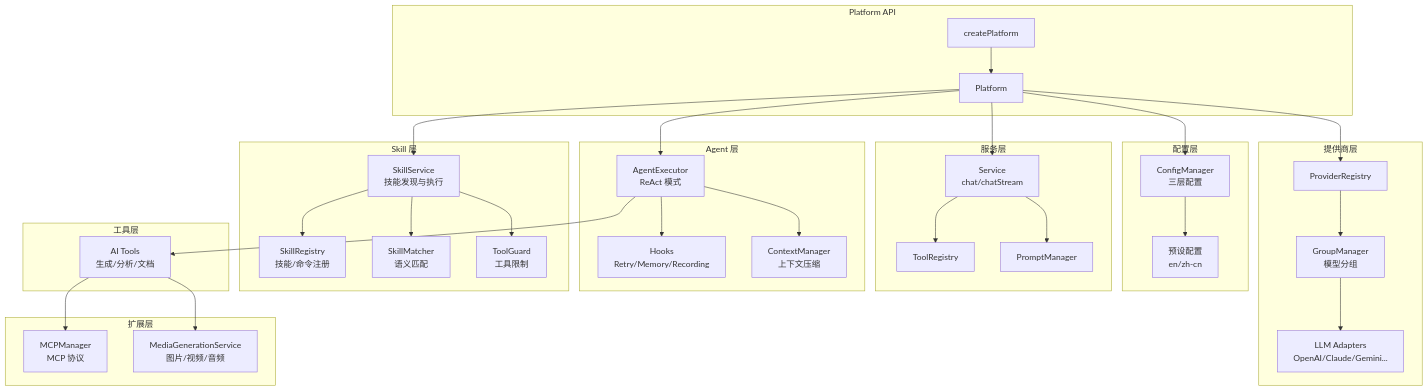
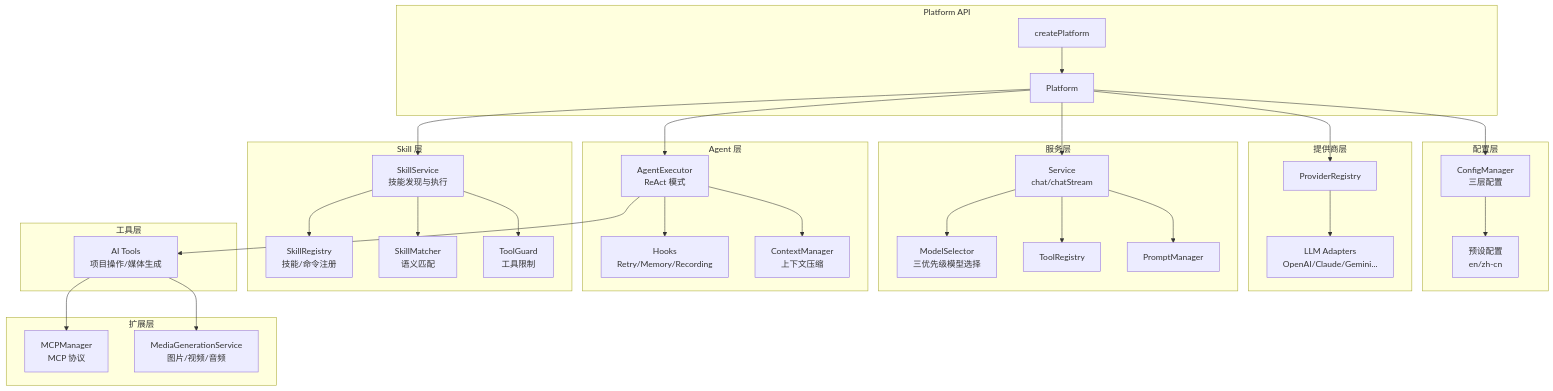
Before and after one commit to OpenNekoPaw/neko-suite: the diagram in packages/neko-agent/packages/platform/README.md, drawn with Mermaid. The commit also changed other lines of this file and 18 other files, not shown here.

````diff
--- a/packages/neko-agent/packages/platform/README.md
+++ b/packages/neko-agent/packages/platform/README.md
@@ -7,66 +7,66 @@
 ```mermaid
 graph TB
     subgraph "Platform API"
         CreatePlatform[createPlatform]
         Platform[Platform]
     end
 
     subgraph "配置层"
         Config[ConfigManager<br/>三层配置]
         Presets[预设配置<br/>en/zh-cn]
     end
 
     subgraph "提供商层"
         ProviderRegistry[ProviderRegistry]
-        GroupManager[GroupManager<br/>模型分组]
         Adapters[LLM Adapters<br/>OpenAI/Claude/Gemini...]
     end
 
     subgraph "服务层"
         Service[Service<br/>chat/chatStream]
+        ModelSelector[ModelSelector<br/>三优先级模型选择]
         ToolRegistry[ToolRegistry]
         PromptManager[PromptManager]
     end
 
     subgraph "Agent 层"
         AgentExecutor[AgentExecutor<br/>ReAct 模式]
         Hooks[Hooks<br/>Retry/Memory/Recording]
         Memory[ContextManager<br/>上下文压缩]
     end
 
     subgraph "Skill 层"
         SkillService[SkillService<br/>技能发现与执行]
         SkillRegistry[SkillRegistry<br/>技能/命令注册]
         SkillMatcher[SkillMatcher<br/>语义匹配]
         ToolGuard[ToolGuard<br/>工具限制]
     end
 
     subgraph "扩展层"
         MCP[MCPManager<br/>MCP 协议]
         Media[MediaGenerationService<br/>图片/视频/音频]
     end
 
     subgraph "工具层"
-        Tools[AI Tools<br/>生成/分析/文档]
+        Tools[AI Tools<br/>项目操作/媒体生成]
     end
 
     CreatePlatform --> Platform
     Platform --> Config
     Config --> Presets
     Platform --> ProviderRegistry
-    ProviderRegistry --> GroupManager
-    GroupManager --> Adapters
+    ProviderRegistry --> Adapters
     Platform --> Service
+    Service --> ModelSelector
     Service --> ToolRegistry
     Service --> PromptManager
     Platform --> AgentExecutor
     AgentExecutor --> Hooks
     AgentExecutor --> Memory
     AgentExecutor --> Tools
     Platform --> SkillService
     SkillService --> SkillRegistry
     SkillService --> SkillMatcher
     SkillService --> ToolGuard
     Tools --> MCP
     Tools --> Media
 ```
````
